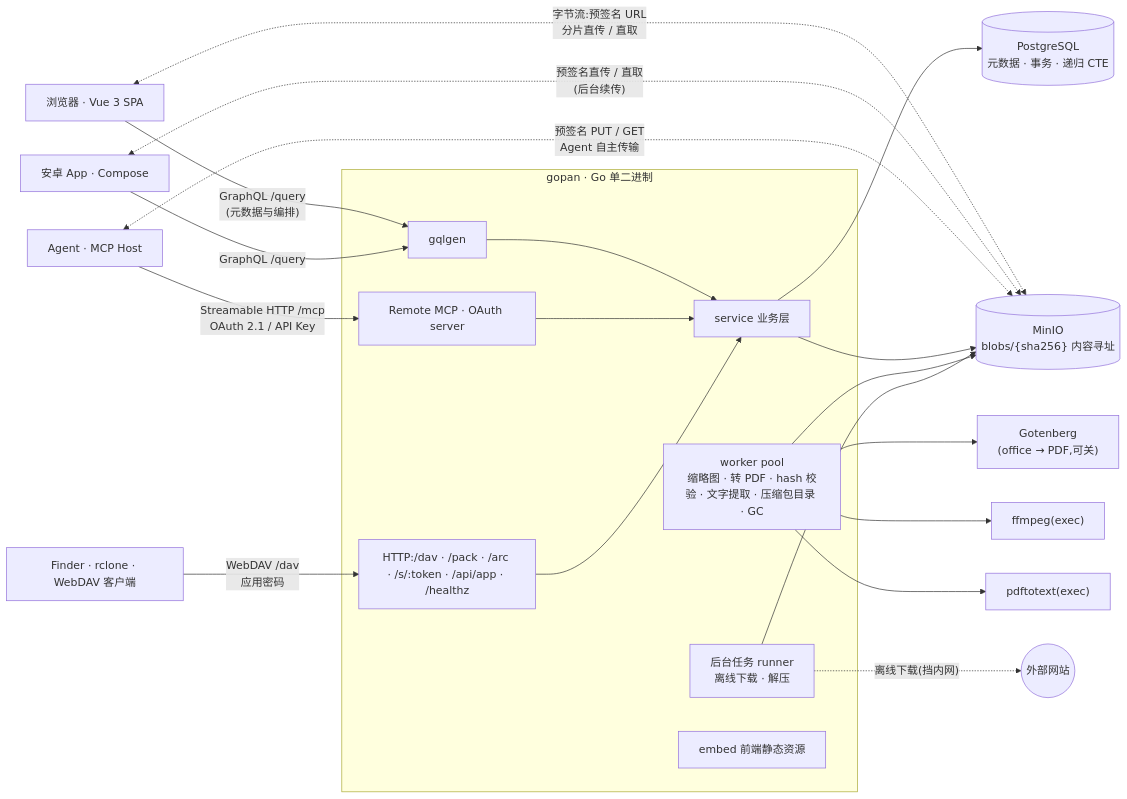
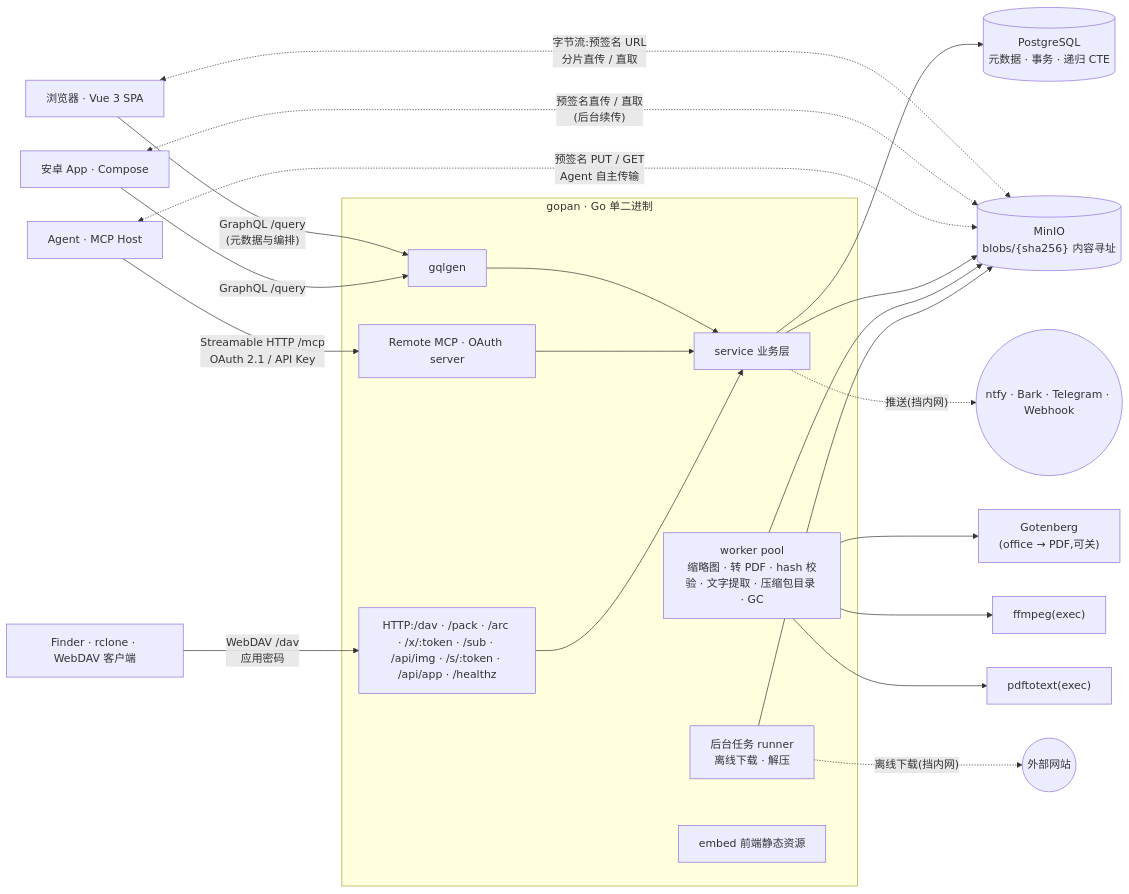
One commit to yophon/gopan changed the diagram in README.md. Above: the diagram before and after it, drawn with Mermaid. The commit also changed other lines of this file and 6 other files, not shown here.

````diff
--- a/README.md
+++ b/README.md
@@ -26,29 +26,30 @@
 ```mermaid
 flowchart LR
     Browser["浏览器 · Vue 3 SPA"]
     Browser -- "GraphQL /query<br/>(元数据与编排)" --> GQL
     Browser <-. "字节流:预签名 URL<br/>分片直传 / 直取" .-> MinIO
     Android["安卓 App · Compose"] -- "GraphQL /query" --> GQL
     Android <-. "预签名直传 / 直取<br/>(后台续传)" .-> MinIO
     Agent["Agent · MCP Host"] -- "Streamable HTTP /mcp<br/>OAuth 2.1 / API Key" --> MCP
     Agent <-. "预签名 PUT / GET<br/>Agent 自主传输" .-> MinIO
     DAV["Finder · rclone · WebDAV 客户端"] -- "WebDAV /dav<br/>应用密码" --> REST
 
     subgraph Gopan["gopan · Go 单二进制"]
         GQL["gqlgen"] --> Service["service 业务层"]
         MCP["Remote MCP · OAuth server"] --> Service
-        REST["HTTP:/dav · /pack · /arc · /s/:token · /api/app · /healthz"] --> Service
+        REST["HTTP:/dav · /pack · /arc · /x/:token · /sub · /api/img · /s/:token · /api/app · /healthz"] --> Service
         Worker["worker pool<br/>缩略图 · 转 PDF · hash 校验 · 文字提取 · 压缩包目录 · GC"]
         Jobs["后台任务 runner<br/>离线下载 · 解压"]
         Embed["embed 前端静态资源"]
     end
 
     Service --> PG[("PostgreSQL<br/>元数据 · 事务 · 递归 CTE")]
     Service --> MinIO[("MinIO<br/>blobs/{sha256} 内容寻址")]
     Worker --> MinIO
     Worker --> GT["Gotenberg<br/>(office → PDF,可关)"]
     Worker --> FF["ffmpeg(exec)"]
     Worker --> PT["pdftotext(exec)"]
     Jobs --> MinIO
     Jobs -. "离线下载(挡内网)" .-> Web(("外部网站"))
+    Service -. "推送(挡内网)" .-> Push(("ntfy · Bark · Telegram · Webhook"))
 ```
````
